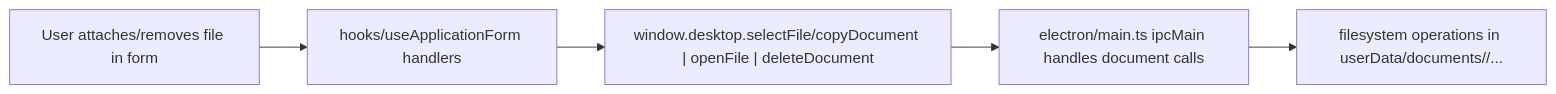
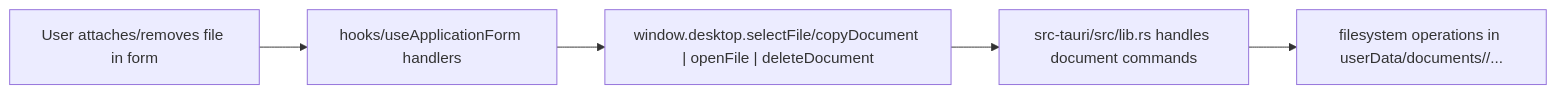
The fourth of 6 diagrams in CALL_CHAIN_PERSISTENCE.md (bharathvbcr/AcademiaTrack), drawn with Mermaid before and after one commit. The commit also changed other lines of this file and 25 other files, not shown here.

````diff
--- a/CALL_CHAIN_PERSISTENCE.md
+++ b/CALL_CHAIN_PERSISTENCE.md
@@ -65,7 +65,7 @@
 ```mermaid
 flowchart LR
 U[User attaches/removes file in form] --> F["hooks/useApplicationForm handlers"]
 F --> DIPC["window.desktop.selectFile/copyDocument | openFile | deleteDocument"]
-DIPC --> M["electron/main.ts ipcMain handles document calls"]
+DIPC --> M["src-tauri/src/lib.rs handles document commands"]
 M --> FS["filesystem operations in userData/documents/<appId>/..."]
 ```
````
